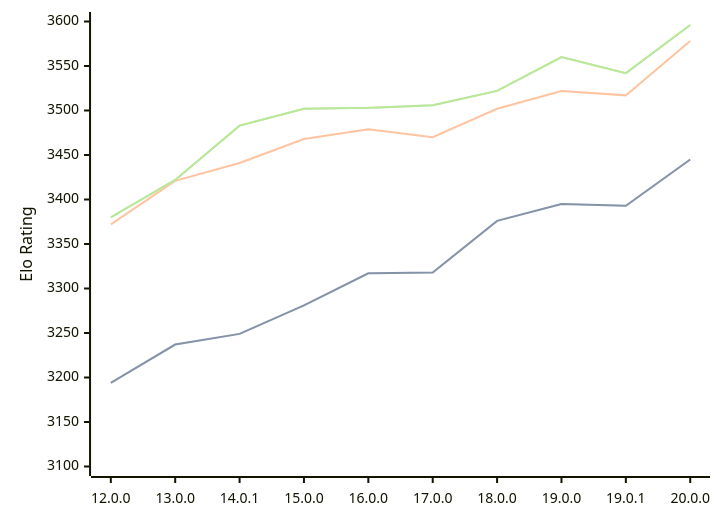
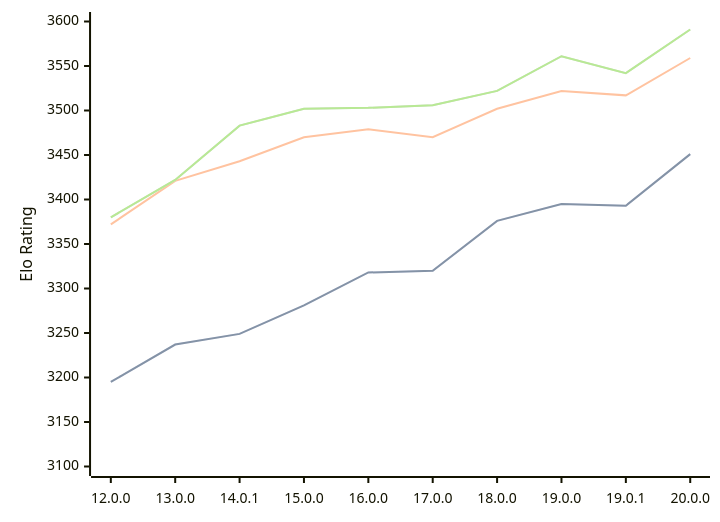
Before and after one commit to computer-chess-index/cci: the first of 3 diagrams in engines/Viridithas.md, drawn with Mermaid. The commit also changed other lines of this file, not shown here.

Commit message:
Update CCI Ratings (ELO VLTC) - 2026-07-08

````diff
--- a/engines/Viridithas.md
+++ b/engines/Viridithas.md
@@ -64,11 +64,11 @@
 ```mermaid
 %%{init: {"theme":"base","themeVariables":{"seriesColors:['#a3a3a3','#222221','#faa371']}}}%%
 xychart-beta
   x-axis ["12.0.0", "13.0.0", "14.0.1", "15.0.0", "16.0.0", "17.0.0", "18.0.0", "19.0.0", "19.0.1", "20.0.0"]
   y-axis "Elo Rating" 3100 --> 3600
-  line "STC (8.0+0.08s)" [3194, 3237, 3249, 3281, 3317, 3318, 3376, 3395, 3393, 3445]
-  line "STC (8.0+0.08s)" [3194, 3237, 3249, 3281, 3317, 3318, 3376, 3395, 3393, 3445]
-  line "LTC (60.0+0.60s)" [3372, 3421, 3441, 3468, 3479, 3470, 3502, 3522, 3517, 3578]
-  line "VLTC (2m24s+1.12s)" [3380, 3422, 3483, 3502, 3503, 3506, 3522, 3560, 3542, 3596]
-  line "VLTC (2m24s+1.12s)" [3380, 3422, 3483, 3502, 3503, 3506, 3522, 3560, 3542, 3596]
+  line "STC (8.0+0.08s)" [3195, 3237, 3249, 3281, 3318, 3320, 3376, 3395, 3393, 3451]
+  line "STC (8.0+0.08s)" [3195, 3237, 3249, 3281, 3318, 3320, 3376, 3395, 3393, 3451]
+  line "LTC (60.0+0.60s)" [3372, 3421, 3443, 3470, 3479, 3470, 3502, 3522, 3517, 3559]
+  line "VLTC (2m24s+1.12s)" [3380, 3422, 3483, 3502, 3503, 3506, 3522, 3561, 3542, 3591]
+  line "VLTC (2m24s+1.12s)" [3380, 3422, 3483, 3502, 3503, 3506, 3522, 3561, 3542, 3591]
 ```
````
